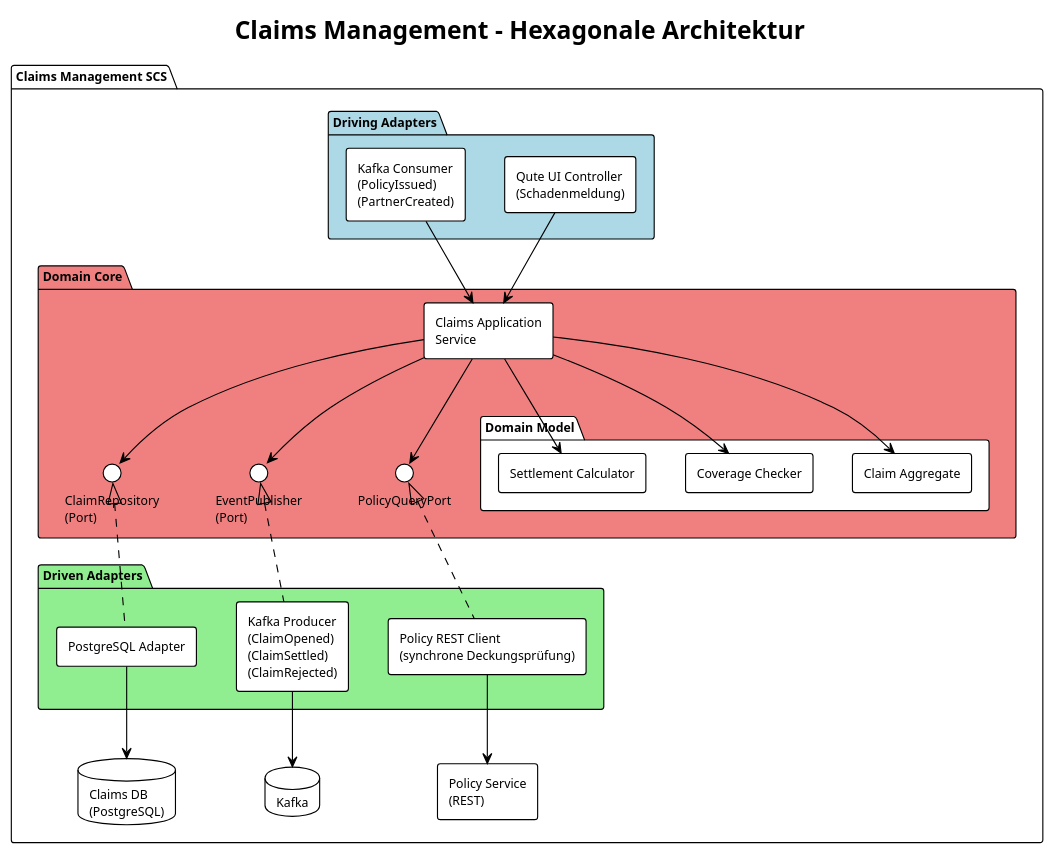
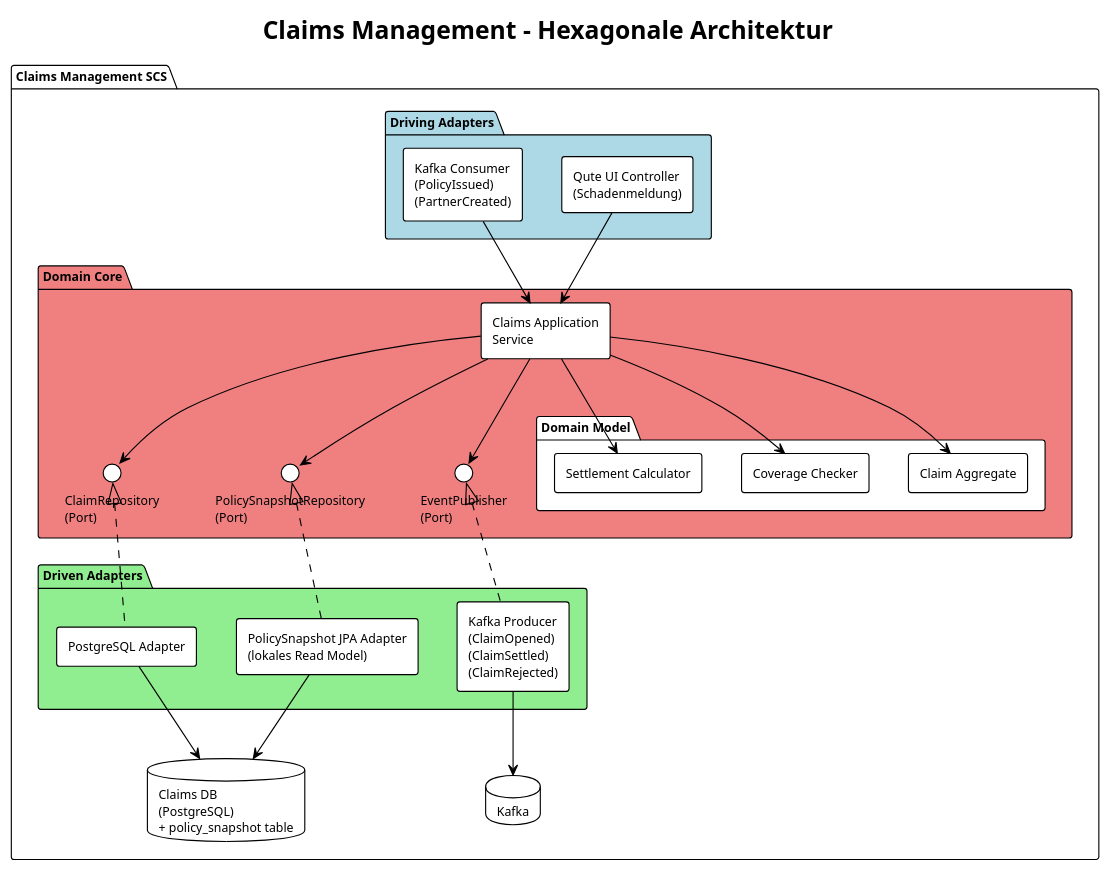
One commit to LukasW/datamesh changed the sixth of 16 diagrams in specs/arc42.md. Above: the diagram before and after it, drawn with PlantUML. The commit also changed other lines of this file and 49 other files, not shown here.

````diff
--- a/specs/arc42.md
+++ b/specs/arc42.md
@@ -419,58 +433,57 @@
 ```plantuml
 @startuml baustein-claims
 !theme plain
 skinparam defaultFontSize 11
 skinparam componentStyle rectangle
 
 title Claims Management – Hexagonale Architektur
 
 package "Claims Management SCS" {
 
   package "Driving Adapters" #LightBlue {
     [Qute UI Controller\n(Schadenmeldung)] as UI
     [Kafka Consumer\n(PolicyIssued)\n(PartnerCreated)] as KCONS
   }
 
   package "Domain Core" #LightCoral {
     [Claims Application\nService] as APP
     package "Domain Model" {
       [Claim Aggregate] as CLM_AGG
       [Coverage Checker] as COV
       [Settlement Calculator] as SETTLE
     }
     interface "ClaimRepository\n(Port)" as REPO_PORT
     interface "EventPublisher\n(Port)" as EVENT_PORT
-    interface "PolicyQueryPort" as POL_PORT
+    interface "PolicySnapshotRepository\n(Port)" as SNAP_PORT
   }
 
   package "Driven Adapters" #LightGreen {
     [PostgreSQL Adapter] as DB_ADAPT
     [Kafka Producer\n(ClaimOpened)\n(ClaimSettled)\n(ClaimRejected)] as KPROD
-    [Policy REST Client\n(synchrone Deckungsprüfung)] as POL_ADAPT
+    [PolicySnapshot JPA Adapter\n(lokales Read Model)] as SNAP_ADAPT
   }
 
-  database "Claims DB\n(PostgreSQL)" as CLMDB
+  database "Claims DB\n(PostgreSQL)\n+ policy_snapshot table" as CLMDB
   database "Kafka" as KAFKA
-  component "Policy Service\n(REST)" as POLSVC
 }
 
 UI --> APP
 KCONS --> APP
 
 APP --> CLM_AGG
 APP --> COV
 APP --> SETTLE
 APP --> REPO_PORT
 APP --> EVENT_PORT
-APP --> POL_PORT
+APP --> SNAP_PORT
 
 REPO_PORT <|.. DB_ADAPT
 EVENT_PORT <|.. KPROD
-POL_PORT <|.. POL_ADAPT
+SNAP_PORT <|.. SNAP_ADAPT
 
 DB_ADAPT --> CLMDB
+SNAP_ADAPT --> CLMDB
 KPROD --> KAFKA
-POL_ADAPT --> POLSVC
 
 @enduml
 ```
````
